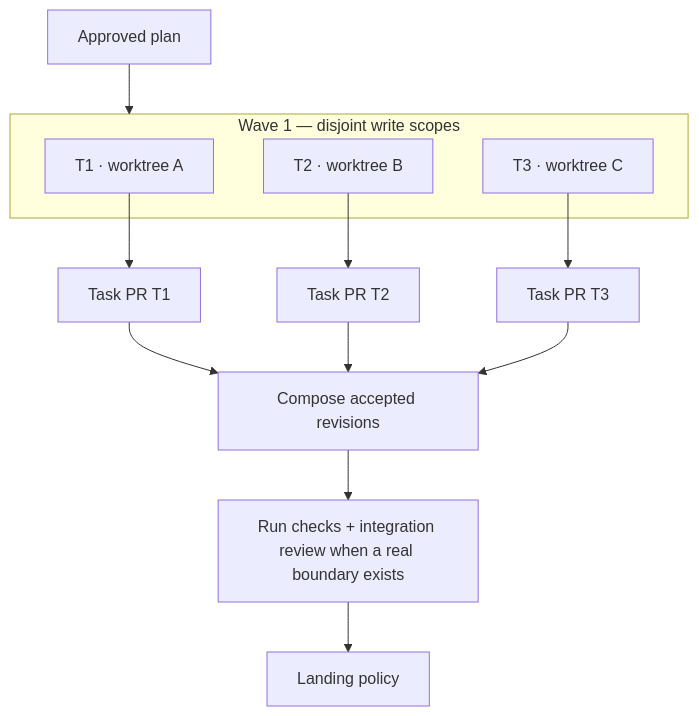
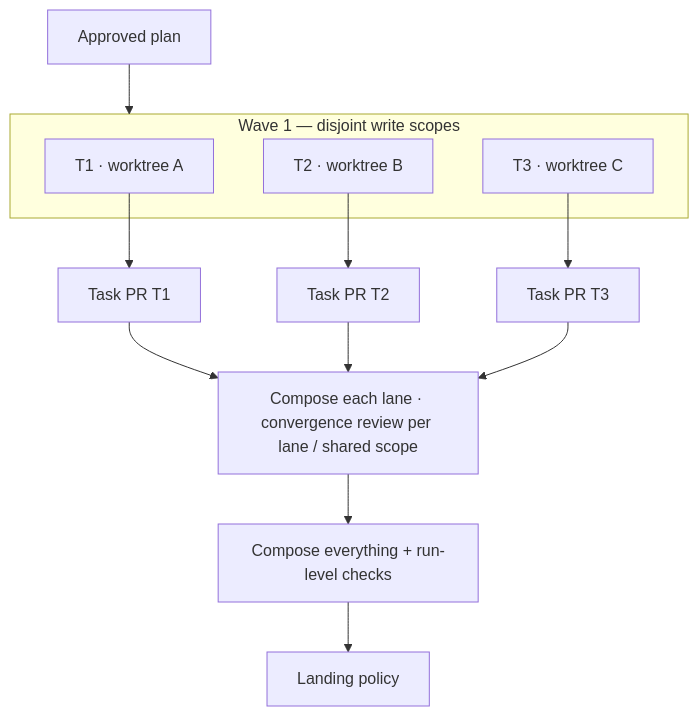
Before and after one commit to Hikari9/auto-office: the second of 3 diagrams in README.md, drawn with Mermaid. The commit also changed other lines of this file and 68 other files, not shown here.

First line of the commit message:
feat(review): convergence review contract (#337)

````diff
--- a/README.md
+++ b/README.md
@@ -237,20 +237,20 @@
 ```mermaid
 flowchart TB
     PLAN["Approved plan"] --> W1
 
     subgraph W1["Wave 1 — disjoint write scopes"]
       T1["T1 · worktree A"]
       T2["T2 · worktree B"]
       T3["T3 · worktree C"]
     end
 
     T1 --> P1["Task PR T1"]
     T2 --> P2["Task PR T2"]
     T3 --> P3["Task PR T3"]
 
-    P1 --> INT["Compose accepted revisions"]
+    P1 --> INT["Compose each lane · convergence review per lane / shared scope"]
     P2 --> INT
     P3 --> INT
-    INT --> RUN["Run checks + integration review when a real boundary exists"]
+    INT --> RUN["Compose everything + run-level checks"]
     RUN --> LAND["Landing policy"]
 ```
````
